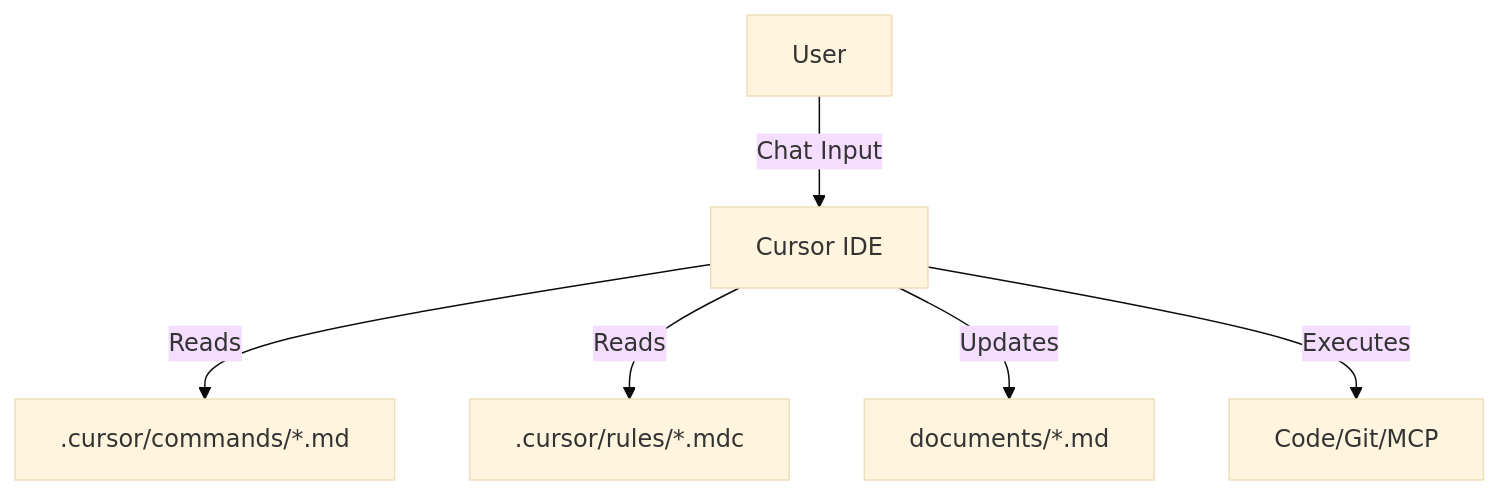
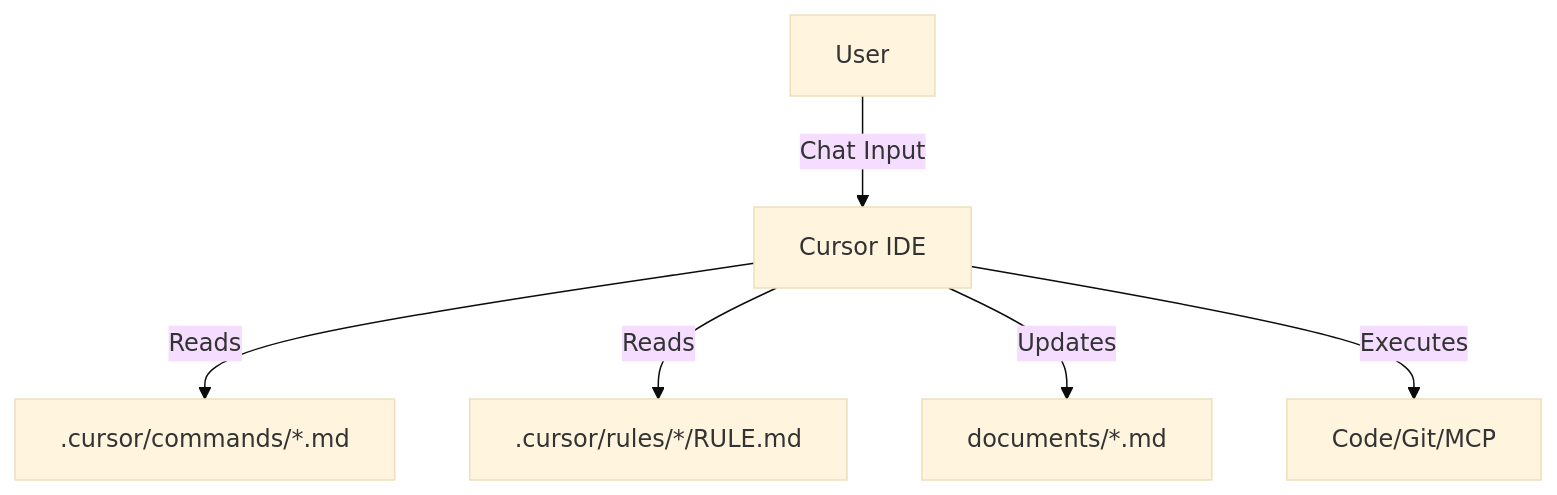
One commit to korchasa/flow changed the diagram in documents/design.md. Above: the diagram before and after it, drawn with Mermaid (base theme). The commit also changed other lines of this file and 23 other files, not shown here.

First line of the commit message:
refactor(rules)!: migrate .mdc files to directory-based RULE.md structure

````diff
--- a/documents/design.md
+++ b/documents/design.md
@@ -9,8 +9,8 @@
   ```mermaid
   graph TD
     User[User] -->|Chat Input| Cursor[Cursor IDE]
     Cursor -->|Reads| Commands[.cursor/commands/*.md]
-    Cursor -->|Reads| Rules[.cursor/rules/*.mdc]
+    Cursor -->|Reads| Rules[.cursor/rules/*/RULE.md]
     Cursor -->|Updates| Docs[documents/*.md]
     Cursor -->|Executes| Actions[Code/Git/MCP]
   ```
````
